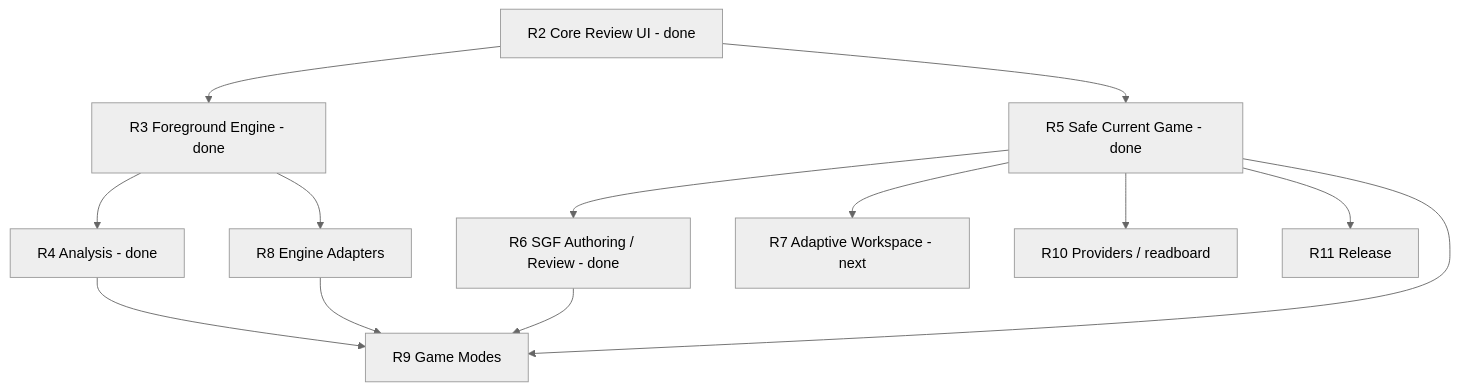
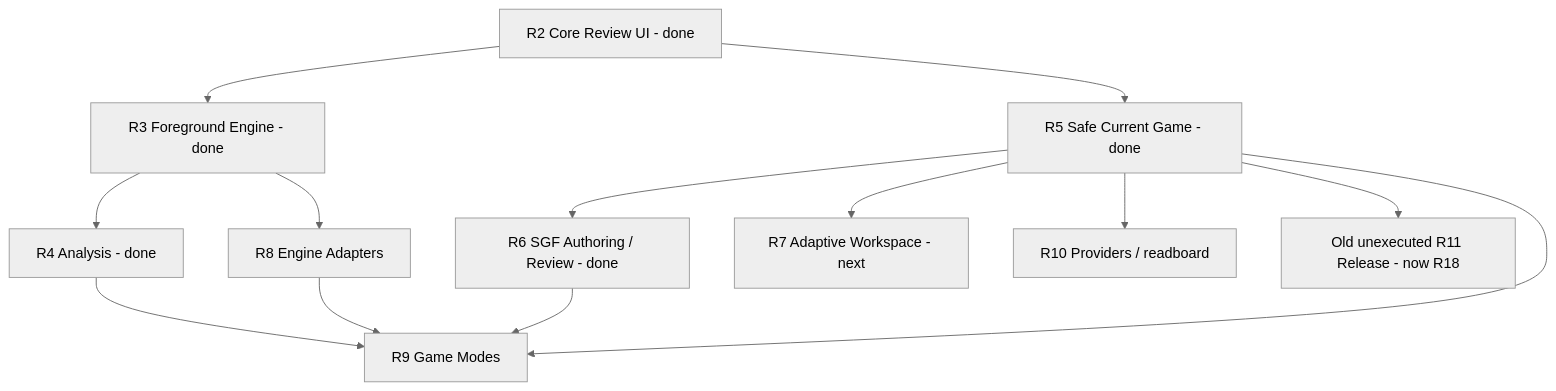
The first of 3 diagrams in docs/MIGRATION_PLAN.md (qiyi71w/lizzieyzy-next-tauri), drawn with Mermaid (neutral theme) before and after one commit. The commit also changed other lines of this file and 24 other files, not shown here.

````diff
--- a/docs/MIGRATION_PLAN.md
+++ b/docs/MIGRATION_PLAN.md
@@ -213,26 +234,26 @@
 ```mermaid
 flowchart TB
   R2[R2 Core Review UI - done]
   R3[R3 Foreground Engine - done]
   R4[R4 Analysis - done]
   R5[R5 Safe Current Game - done]
   R6[R6 SGF Authoring / Review - done]
   R7[R7 Adaptive Workspace - next]
   R8[R8 Engine Adapters]
   R9[R9 Game Modes]
   R10[R10 Providers / readboard]
-  R11[R11 Release]
+  R11[Old unexecuted R11 Release - now R18]
 
   R2 --> R3
   R3 --> R4
   R2 --> R5
   R3 --> R8
   R5 --> R6
   R5 --> R7
   R5 --> R10
   R5 --> R11
   R4 --> R9
   R5 --> R9
   R6 --> R9
   R8 --> R9
 ```
````
